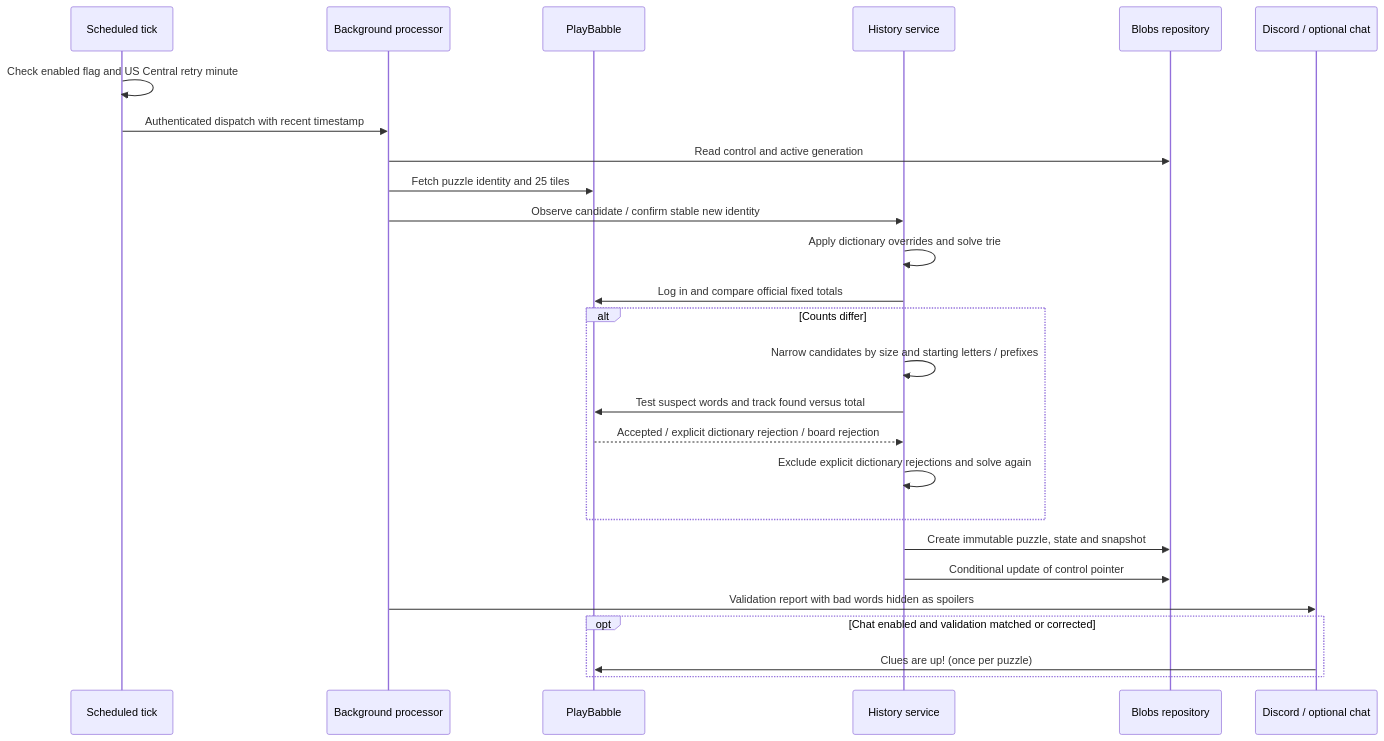
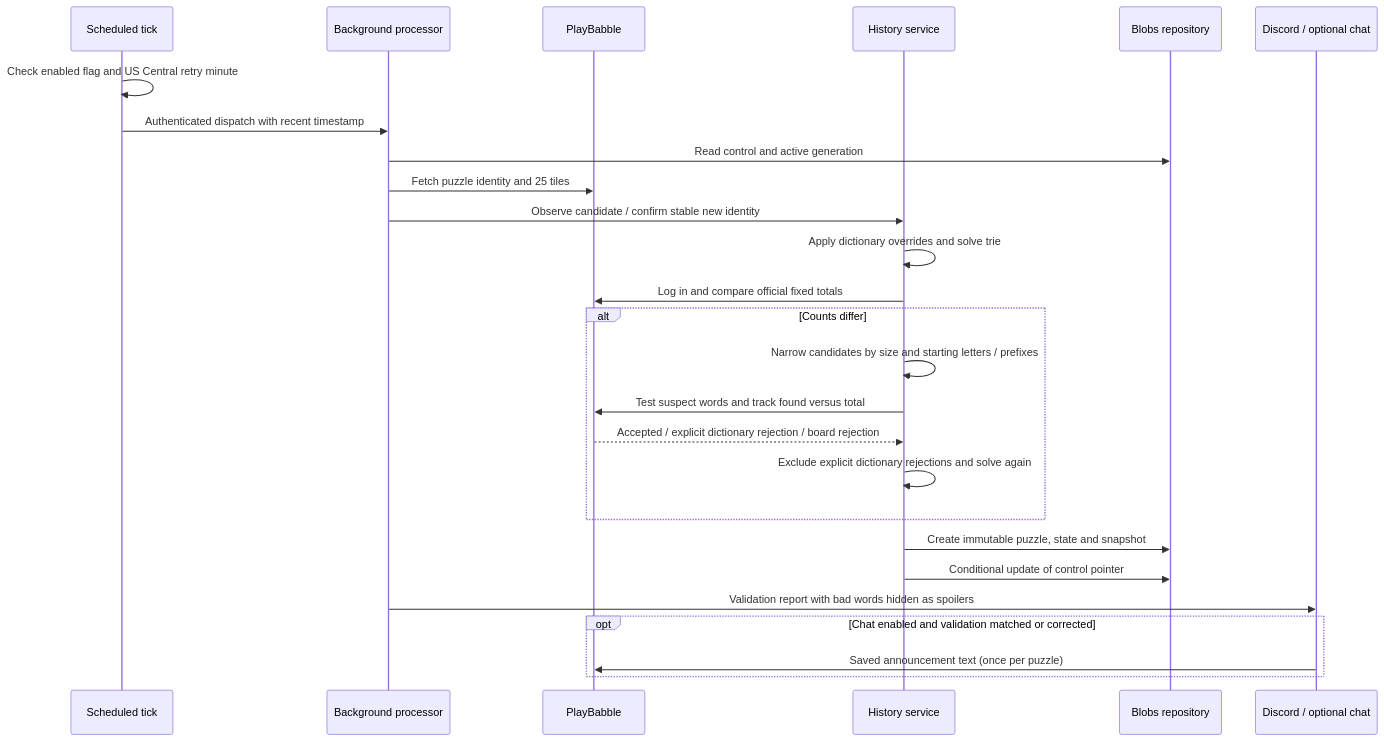
One commit to licketySplitAUS/SelfServeClues changed the second of 4 diagrams in docs/ARCHITECTURE.md. Above: the diagram before and after it, drawn with Mermaid. The commit also changed other lines of this file and 9 other files, not shown here.

Commit message:
Allow Admin to customise the Babble chat announcement text

````diff
--- a/docs/ARCHITECTURE.md
+++ b/docs/ARCHITECTURE.md
@@ -77,28 +77,28 @@
 ```mermaid
 sequenceDiagram
     participant Cron as Scheduled tick
     participant Job as Background processor
     participant PB as PlayBabble
     participant Solver as History service
     participant Store as Blobs repository
     participant Notice as Discord / optional chat
     Cron->>Cron: Check enabled flag and US Central retry minute
     Cron->>Job: Authenticated dispatch with recent timestamp
     Job->>Store: Read control and active generation
     Job->>PB: Fetch puzzle identity and 25 tiles
     Job->>Solver: Observe candidate / confirm stable new identity
     Solver->>Solver: Apply dictionary overrides and solve trie
     Solver->>PB: Log in and compare official fixed totals
     alt Counts differ
         Solver->>Solver: Narrow candidates by size and starting letters / prefixes
         Solver->>PB: Test suspect words and track found versus total
         PB-->>Solver: Accepted / explicit dictionary rejection / board rejection
         Solver->>Solver: Exclude explicit dictionary rejections and solve again
     end
     Solver->>Store: Create immutable puzzle, state and snapshot
     Solver->>Store: Conditional update of control pointer
     Job->>Notice: Validation report with bad words hidden as spoilers
     opt Chat enabled and validation matched or corrected
-        Notice->>PB: Clues are up! (once per puzzle)
+        Notice->>PB: Saved announcement text (once per puzzle)
     end
 ```
````
